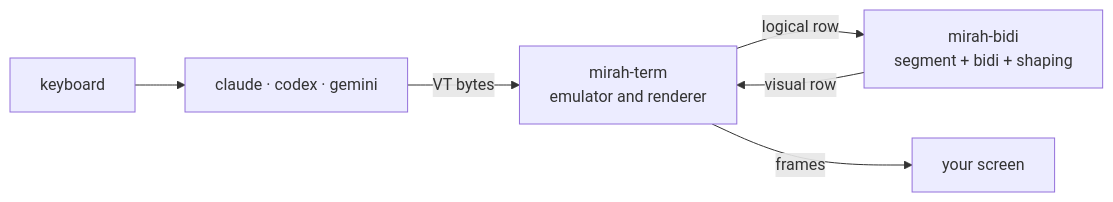
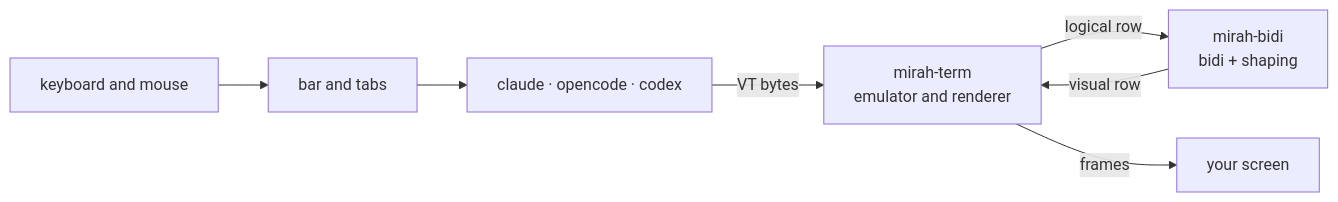
Before and after one commit to Khaymah/mirah: the diagram in README.en.md, drawn with Mermaid. The commit also changed other lines of this file and 12 other files, not shown here.

````diff
--- a/README.en.md
+++ b/README.en.md
@@ -233,8 +263,8 @@
 ```mermaid
 flowchart LR
-  APP["claude · codex · gemini"] -->|VT bytes| TERM["mirah-term<br/>emulator and renderer"]
-  TERM -->|logical row| BIDI["mirah-bidi<br/>segment + bidi + shaping"]
+  APP["claude · opencode · codex"] -->|VT bytes| TERM["mirah-term<br/>emulator and renderer"]
+  TERM -->|logical row| BIDI["mirah-bidi<br/>bidi + shaping"]
   BIDI -->|visual row| TERM
   TERM -->|frames| SCREEN["your screen"]
-  KEYS["keyboard"] --> APP
+  KEYS["keyboard and mouse"] --> BAR["bar and tabs"] --> APP
 ```
````
